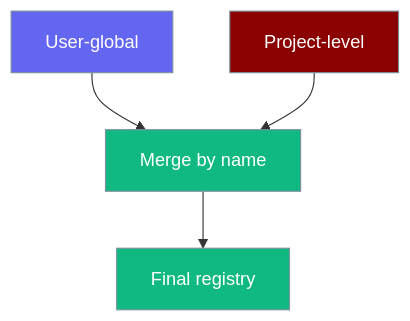
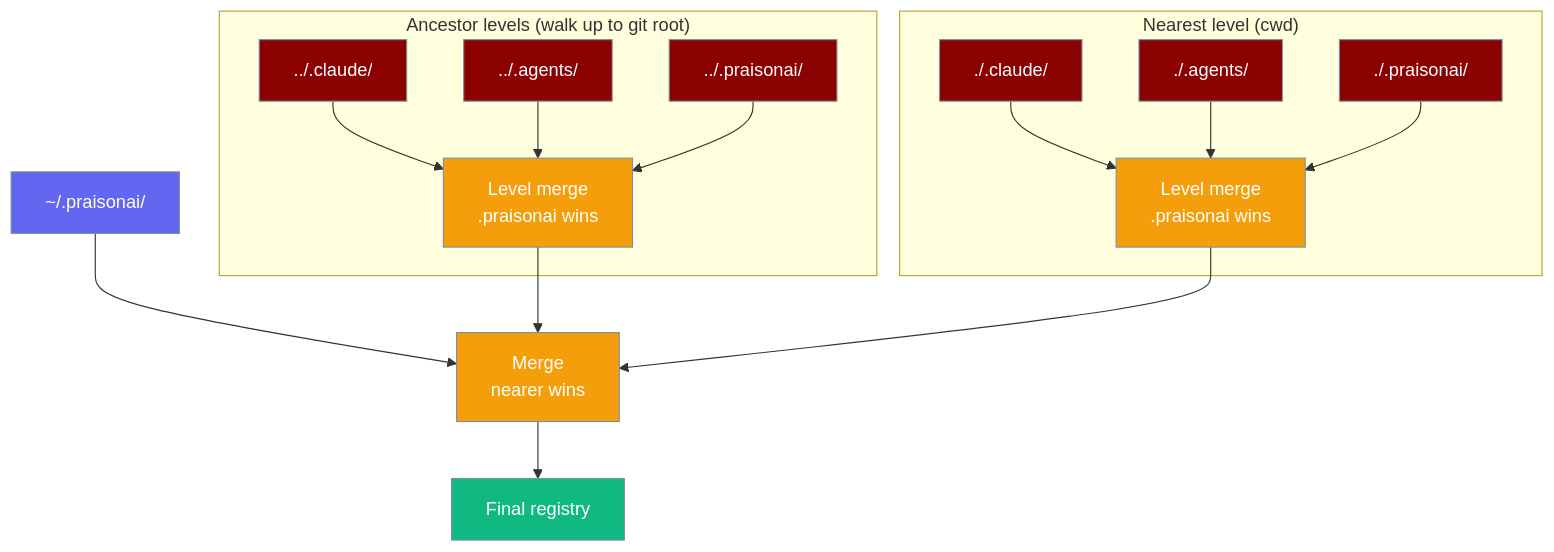
The third of 6 diagrams in docs/features/custom-agents-commands.mdx (MervinPraison/PraisonAIDocs), drawn with Mermaid before and after one commit. The commit also changed other lines of this file and 4 other files, not shown here.

First line of the commit message:
docs: discover named agents & commands from .claude/ and .agents/ (fixes #3024)

````diff
--- a/docs/features/custom-agents-commands.mdx
+++ b/docs/features/custom-agents-commands.mdx
@@ -126,14 +140,27 @@
 ```mermaid
 graph TB
-    U[User-global] --> M[Merge by name]
-    P[Project-level] --> M
-    M --> F[Final registry]
+    subgraph "Nearest level (cwd)"
+      NC[./.claude/] --> NL[Level merge<br/>.praisonai wins]
+      NA[./.agents/] --> NL
+      NP[./.praisonai/] --> NL
+    end
+    subgraph "Ancestor levels (walk up to git root)"
+      AC[../.claude/] --> AL[Level merge<br/>.praisonai wins]
+      AA[../.agents/] --> AL
+      AP[../.praisonai/] --> AL
+    end
+    UG[~/.praisonai/] --> MERGE[Merge<br/>nearer wins]
+    AL --> MERGE
+    NL --> MERGE
+    MERGE --> REG[Final registry]
 
     classDef user fill:#6366F1,stroke:#7C90A0,color:#fff
     classDef project fill:#8B0000,stroke:#7C90A0,color:#fff
-    classDef final fill:#10B981,stroke:#7C90A0,color:#fff
+    classDef merge fill:#F59E0B,stroke:#7C90A0,color:#fff
+    classDef result fill:#10B981,stroke:#7C90A0,color:#fff
 
-    class U user
-    class P project
-    class M,F final
+    class UG user
+    class NC,NA,NP,AC,AA,AP project
+    class NL,AL,MERGE merge
+    class REG result
 ```
````
